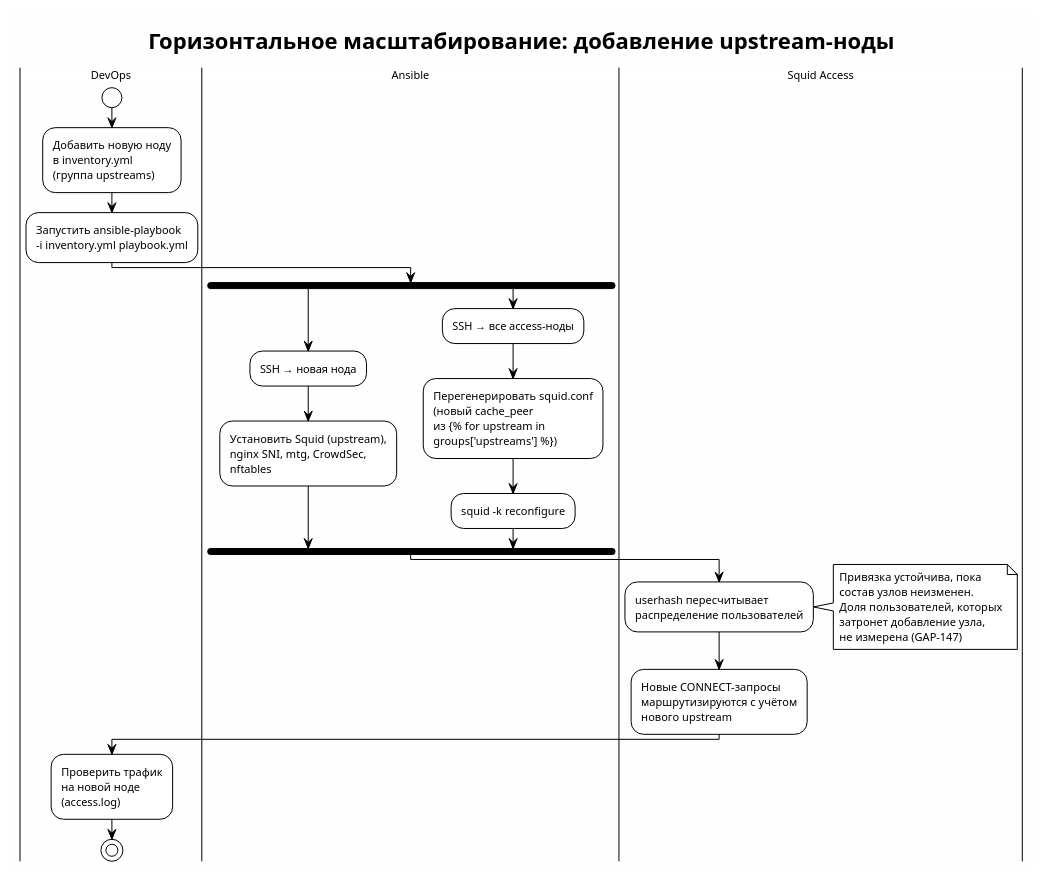
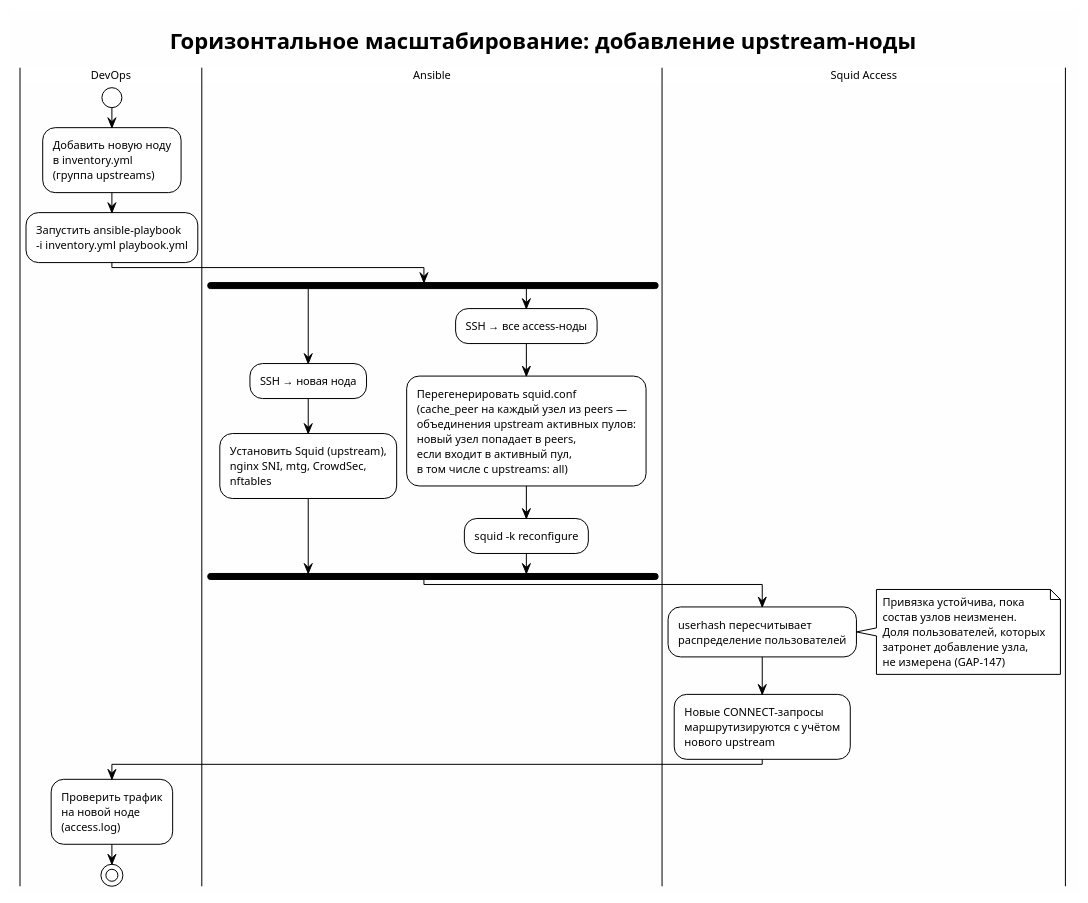
One commit to demofly/ai-proxy changed the diagram in docs/AA/C2/diagrams/C2-NF-004-scaling-flow.puml. Above: the diagram before and after it, drawn with PlantUML. The commit also changed 67 other files, not shown here.

```diff
--- a/docs/AA/C2/diagrams/C2-NF-004-scaling-flow.puml
+++ b/docs/AA/C2/diagrams/C2-NF-004-scaling-flow.puml
@@ -1,43 +1,44 @@
 @startuml C2-NF-004-scaling-flow
+' [AITS] 2026-11-06T15:54:20Z
 !theme plain
 skinparam backgroundColor #FEFEFE
 skinparam defaultFontName "Segoe UI"
 skinparam defaultFontSize 11
 
 title Горизонтальное масштабирование: добавление upstream-ноды
 
 |DevOps|
 start
 :Добавить новую ноду\nв inventory.yml\n(группа upstreams);
 
 :Запустить ansible-playbook\n-i inventory.yml playbook.yml;
 
 |Ansible|
 fork
   :SSH → новая нода;
   :Установить Squid (upstream),\nnginx SNI, mtg, CrowdSec,\nnftables;
 fork again
   :SSH → все access-ноды;
-  :Перегенерировать squid.conf\n(новый cache_peer\nиз {% for upstream in\ngroups['upstreams'] %});
+  :Перегенерировать squid.conf\n(cache_peer на каждый узел из peers —\nобъединения upstream активных пулов:\nновый узел попадает в peers,\nесли входит в активный пул,\nв том числе с upstreams: all);
   :squid -k reconfigure;
 end fork
 
 |Squid Access|
 :userhash пересчитывает\nраспределение пользователей;
 
 note right
   Привязка устойчива, пока
   состав узлов неизменен.
   Доля пользователей, которых
   затронет добавление узла,
   не измерена (GAP-147)
 end note
 
 :Новые CONNECT-запросы\nмаршрутизируются с учётом\nнового upstream;
 
 |DevOps|
 :Проверить трафик\nна новой ноде\n(access.log);
 
 stop
 
 @enduml
```
